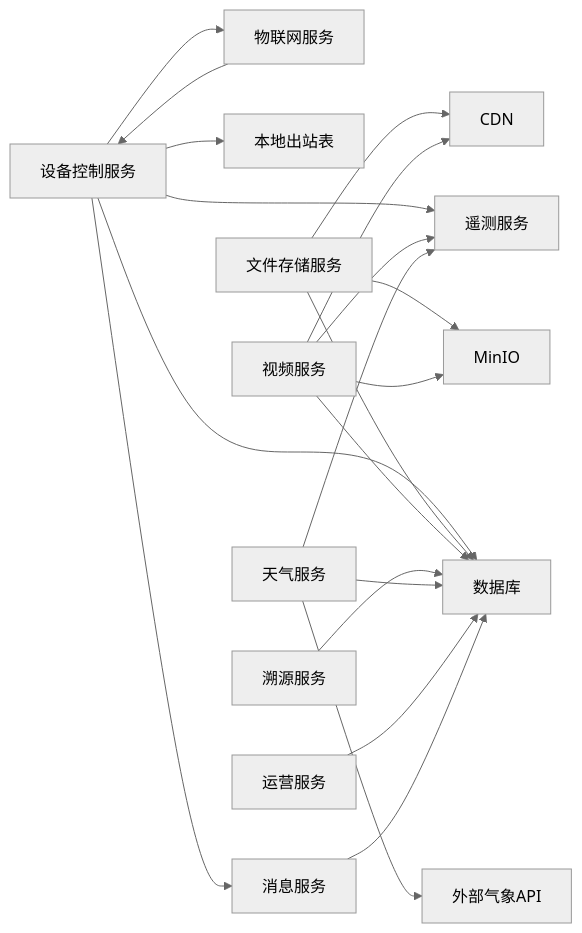
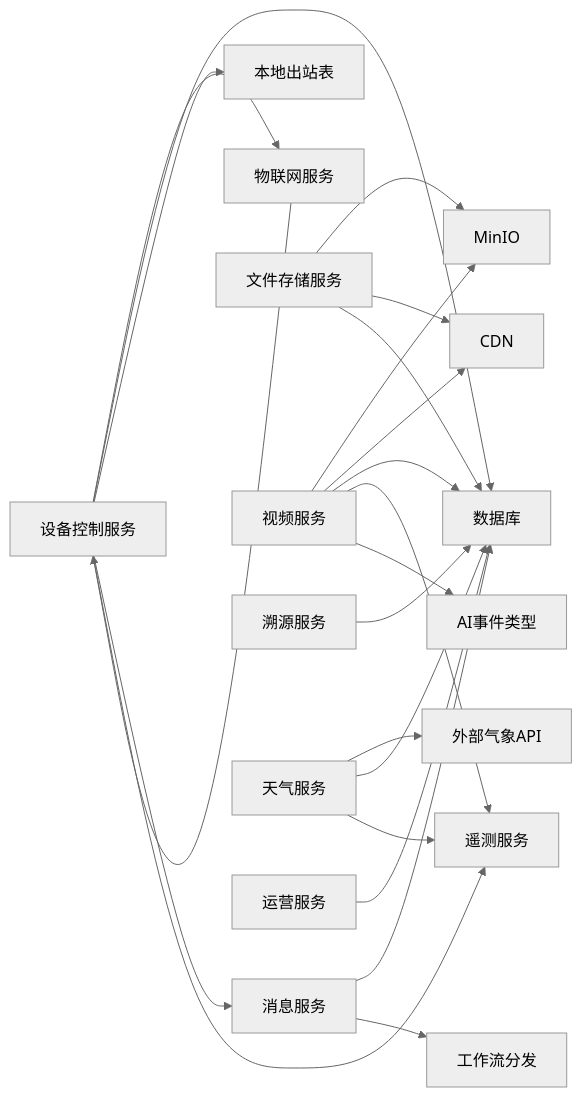
One commit to q446328246/agri-platform changed diagram 37 of 37 in .qoder/repowiki/zh/content/核心服务文档/其他业务服务.md. Above: the diagram before and after it, drawn with Mermaid (neutral theme). The commit also changed other lines of this file and 15 other files, not shown here.

````diff
--- a/.qoder/repowiki/zh/content/核心服务文档/其他业务服务.md
+++ b/.qoder/repowiki/zh/content/核心服务文档/其他业务服务.md
@@ -948,22 +1019,24 @@
 ```mermaid
 graph LR
 CS["设备控制服务"] --> IoT["物联网服务"]
 CS --> DB["数据库"]
 CS --> OUTBOX["本地出站表"]
 CS --> MS["消息服务"]
 CS --> TELEMETRY["遥测服务"]
 IoT --> CS
 FS["文件存储服务"] --> MINIO["MinIO"]
 FS --> CDN["CDN"]
 FS --> DB
 VID["视频服务"] --> MINIO
 VID --> CDN
 VID --> DB
 VID --> TELEMETRY
+VID --> AI_TYPES["AI事件类型"]
 TRC["溯源服务"] --> DB
 WTH["天气服务"] --> EXT["外部气象API"]
 WTH --> DB
 WTH --> TELEMETRY
 OPS["运营服务"] --> DB
 MS --> DB
+MS --> WORKFLOW["工作流分发"]
 ```
````
